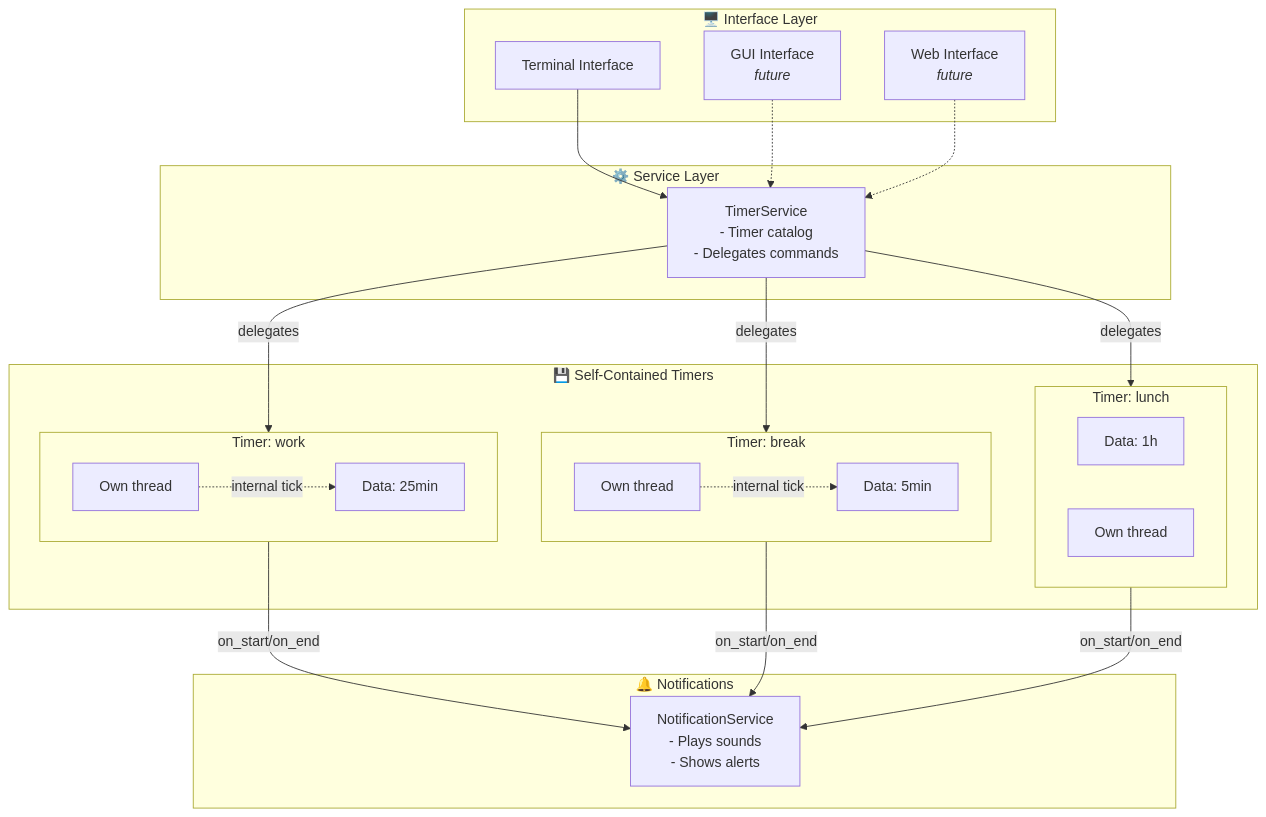
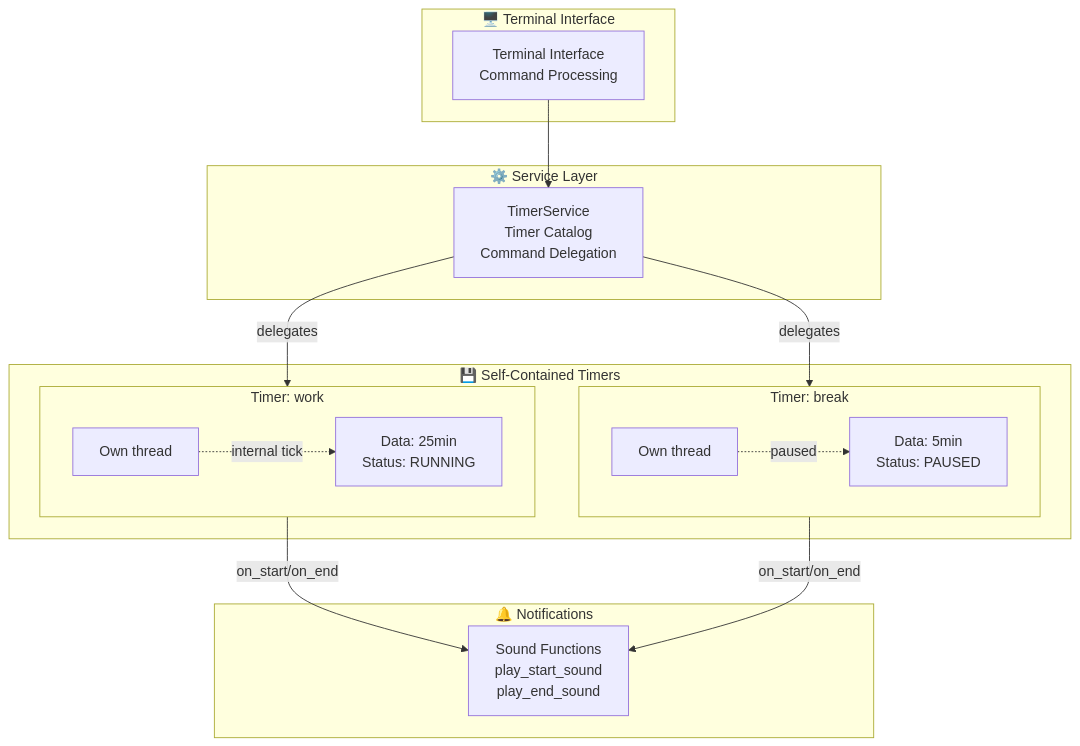
The diagram in README.md (frbelotto/FreeTimerAlert), drawn with Mermaid before and after one commit. The commit also changed other lines of this file and 24 other files, not shown here.

First line of the commit message:
feat: Add terminal interface and notification system for FreeTimer

````diff
--- a/README.md
+++ b/README.md
@@ -159,46 +166,35 @@
 ```mermaid
 flowchart TB
-    subgraph UI["🖥️ Interface Layer"]
-        Terminal[Terminal Interface]
-        GUI[GUI Interface<br/><i>future</i>]
-        Web[Web Interface<br/><i>future</i>]
+    subgraph UI["🖥️ Terminal Interface"]
+        Terminal[Terminal Interface<br/>Command Processing]
     end
     
     subgraph Service["⚙️ Service Layer"]
-        TS[TimerService<br/>- Timer catalog<br/>- Delegates commands]
+        TS[TimerService<br/>Timer Catalog<br/>Command Delegation]
     end
     
     subgraph Core["💾 Self-Contained Timers"]
         subgraph T1["Timer: work"]
-            T1D[Data: 25min]
+            T1D[Data: 25min<br/>Status: RUNNING]
             T1T[Own thread]
         end
         subgraph T2["Timer: break"]
-            T2D[Data: 5min]
+            T2D[Data: 5min<br/>Status: PAUSED]
             T2T[Own thread]
-        end
-        subgraph T3["Timer: lunch"]
-            T3D[Data: 1h]
-            T3T[Own thread]
         end
     end
     
     subgraph Notify["🔔 Notifications"]
-        NS[NotificationService<br/>- Plays sounds<br/>- Shows alerts]
+        NS[Sound Functions<br/>play_start_sound<br/>play_end_sound]
     end
     
     Terminal --> TS
-    GUI -.-> TS
-    Web -.-> TS
-    
     TS -->|delegates| T1
     TS -->|delegates| T2
-    TS -->|delegates| T3
     
     T1T -.->|internal tick| T1D
-    T2T -.->|internal tick| T2D
+    T2T -.->|paused| T2D
     
     T1 -->|on_start/on_end| NS
     T2 -->|on_start/on_end| NS
-    T3 -->|on_start/on_end| NS
 ```
````
